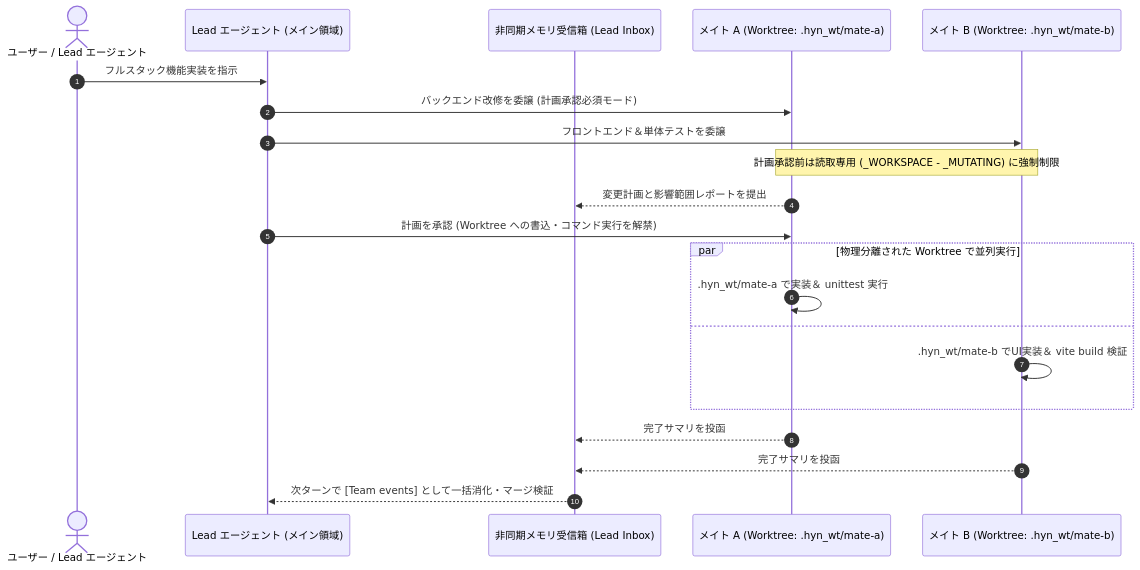
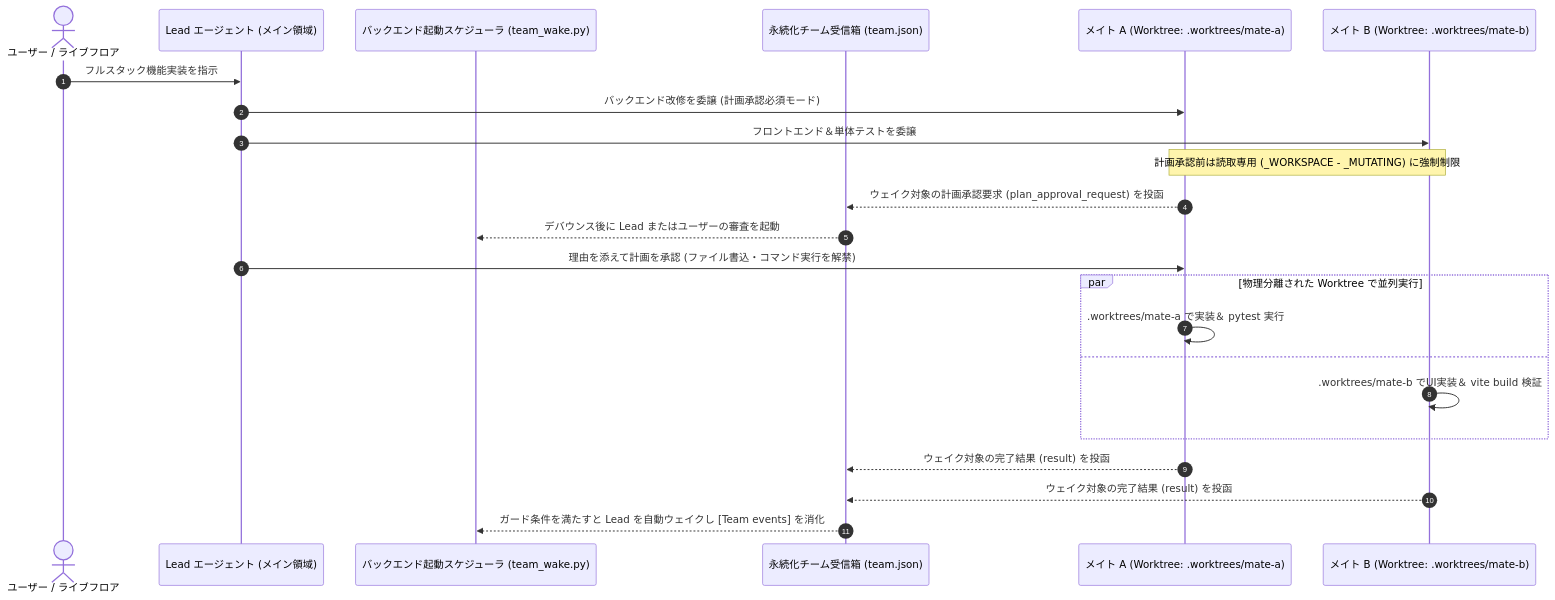
Before and after one commit to HelmAgent/Helm_website: the diagram in docs/ja/architecture/multi-agent-team.md, drawn with Mermaid. The commit also changed other lines of this file and 27 other files, not shown here.

Commit message:
docs(architecture): update memory and RAG documentation to reflect new four-layer prefix cache architecture and performance metrics; revise multi-agent team structure for enhanced clarity and functionality

````diff
--- a/docs/ja/architecture/multi-agent-team.md
+++ b/docs/ja/architecture/multi-agent-team.md
@@ -18,24 +18,26 @@
 ```mermaid
 sequenceDiagram
   autonumber
-  actor User as ユーザー / Lead エージェント
+  actor User as ユーザー / ライブフロア
   participant Lead as Lead エージェント (メイン領域)
-  participant Inbox as 非同期メモリ受信箱 (Lead Inbox)
-  participant MateA as メイト A (Worktree: .hyn_wt/mate-a)
-  participant MateB as メイト B (Worktree: .hyn_wt/mate-b)
+  participant Wake as バックエンド起動スケジューラ (team_wake.py)
+  participant Inbox as 永続化チーム受信箱 (team.json)
+  participant MateA as メイト A (Worktree: .worktrees/mate-a)
+  participant MateB as メイト B (Worktree: .worktrees/mate-b)
 
   User->>Lead: フルスタック機能実装を指示
   Lead->>MateA: バックエンド改修を委譲 (計画承認必須モード)
   Lead->>MateB: フロントエンド＆単体テストを委譲
   Note over MateA,MateB: 計画承認前は読取専用 (_WORKSPACE - _MUTATING) に強制制限
-  MateA-->>Inbox: 変更計画と影響範囲レポートを提出
-  Lead->>MateA: 計画を承認 (Worktree への書込・コマンド実行を解禁)
+  MateA-->>Inbox: ウェイク対象の計画承認要求 (plan_approval_request) を投函
+  Inbox-->>Wake: デバウンス後に Lead またはユーザーの審査を起動
+  Lead->>MateA: 理由を添えて計画を承認 (ファイル書込・コマンド実行を解禁)
   par 物理分離された Worktree で並列実行
-    MateA->>MateA: .hyn_wt/mate-a で実装＆ unittest 実行
+    MateA->>MateA: .worktrees/mate-a で実装＆ pytest 実行
   and
-    MateB->>MateB: .hyn_wt/mate-b でUI実装＆ vite build 検証
+    MateB->>MateB: .worktrees/mate-b でUI実装＆ vite build 検証
   end
-  MateA-->>Inbox: 完了サマリを投函
-  MateB-->>Inbox: 完了サマリを投函
-  Inbox-->>Lead: 次ターンで [Team events] として一括消化・マージ検証
+  MateA-->>Inbox: ウェイク対象の完了結果 (result) を投函
+  MateB-->>Inbox: ウェイク対象の完了結果 (result) を投函
+  Inbox-->>Wake: ガード条件を満たすと Lead を自動ウェイクし [Team events] を消化
 ```
````
